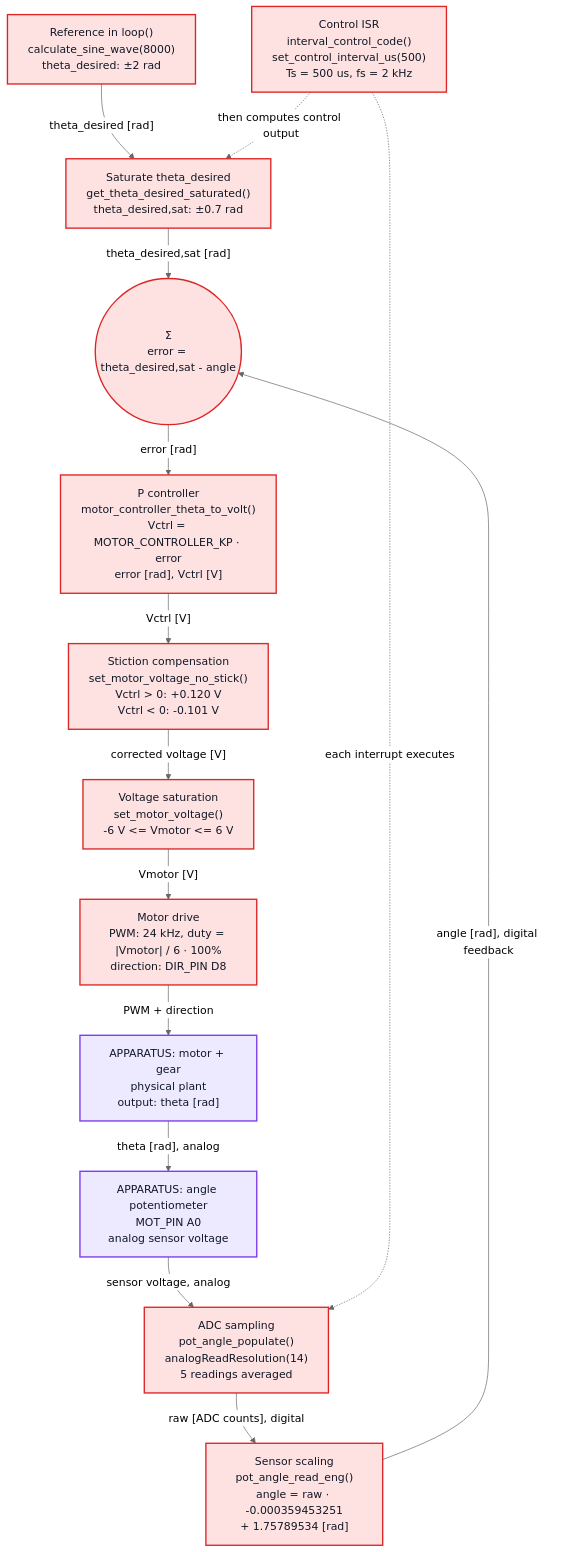
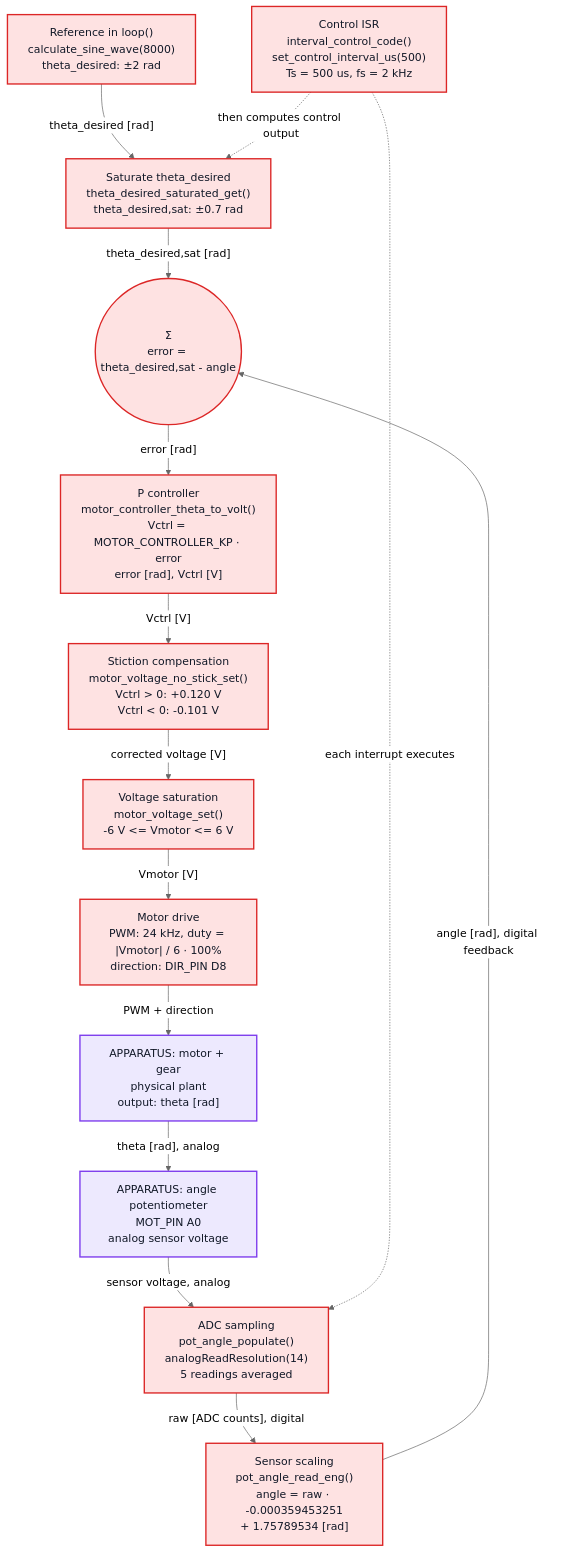
Before and after one commit to levirogalla/ball-and-beam-control: the diagram in diagram.md, drawn with Mermaid (neutral theme). The commit also changed 3 other files, not shown here.

````diff
--- a/diagram.md
+++ b/diagram.md
@@ -1,43 +1,43 @@
 ```mermaid
 flowchart TB
     REF["Reference in loop()<br/>calculate_sine_wave(8000)<br/>theta_desired: ±2 rad"]
-    LIMIT["Saturate theta_desired<br/>get_theta_desired_saturated()<br/>theta_desired,sat: ±0.7 rad"]
+    LIMIT["Saturate theta_desired<br/>theta_desired_saturated_get()<br/>theta_desired,sat: ±0.7 rad"]
     SUM(("Σ<br/>error = theta_desired,sat - angle"))
     P["P controller<br/>motor_controller_theta_to_volt()<br/>Vctrl = MOTOR_CONTROLLER_KP · error<br/>error [rad], Vctrl [V]"]
-    STICK["Stiction compensation<br/>set_motor_voltage_no_stick()<br/>Vctrl > 0: +0.120 V<br/>Vctrl < 0: -0.101 V"]
-    VOLT["Voltage saturation<br/>set_motor_voltage()<br/>-6 V <= Vmotor <= 6 V"]
+    STICK["Stiction compensation<br/>motor_voltage_no_stick_set()<br/>Vctrl > 0: +0.120 V<br/>Vctrl < 0: -0.101 V"]
+    VOLT["Voltage saturation<br/>motor_voltage_set()<br/>-6 V <= Vmotor <= 6 V"]
     DRIVE["Motor drive<br/>PWM: 24 kHz, duty = |Vmotor| / 6 · 100%<br/>direction: DIR_PIN D8"]
 
     MOTOR["APPARATUS: motor + gear<br/>physical plant<br/>output: theta [rad]"]
     POT["APPARATUS: angle potentiometer<br/>MOT_PIN A0<br/>analog sensor voltage"]
     ADC["ADC sampling<br/>pot_angle_populate()<br/>analogReadResolution(14)<br/>5 readings averaged"]
     SCALE["Sensor scaling<br/>pot_angle_read_eng()<br/>angle = raw · -0.000359453251<br/>+ 1.75789534 [rad]"]
 
     REF -->|"theta_desired [rad]"| LIMIT
     LIMIT -->|"theta_desired,sat [rad]"| SUM
     SUM -->|"error [rad]"| P
     P -->|"Vctrl [V]"| STICK
     STICK -->|"corrected voltage [V]"| VOLT
     VOLT -->|"Vmotor [V]"| DRIVE
     DRIVE -->|"PWM + direction"| MOTOR
     MOTOR -->|"theta [rad], analog"| POT
     POT -->|"sensor voltage, analog"| ADC
     ADC -->|"raw [ADC counts], digital"| SCALE
     SCALE -->|"angle [rad], digital feedback"| SUM
 
     ISR["Control ISR<br/>interval_control_code()<br/>set_control_interval_us(500)<br/>Ts = 500 us, fs = 2 kHz"]
     ISR -.->|"each interrupt executes"| ADC
     ISR -.->|"then computes control output"| LIMIT
 
     classDef software fill:#dbeafe,stroke:#2563eb,stroke-width:2px,color:#111827;
     classDef apparatus fill:#dcfce7,stroke:#16a34a,stroke-width:2px,color:#111827;
     classDef nonlinear fill:#fef3c7,stroke:#d97706,stroke-width:2px,color:#111827;
     classDef analog fill:#ede9fe,stroke:#7c3aed,stroke-width:2px,color:#111827;
     classDef digital fill:#fee2e2,stroke:#dc2626,stroke-width:2px,color:#111827;
 
     class REF,P,ADC,SCALE,DRIVE,ISR software;
     class LIMIT,STICK,VOLT nonlinear;
     class MOTOR,POT apparatus;
     class MOTOR,POT analog;
     class REF,LIMIT,SUM,P,STICK,VOLT,DRIVE,ADC,SCALE,ISR digital;
 ```
````
